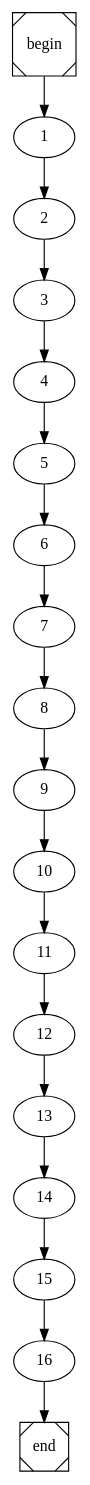
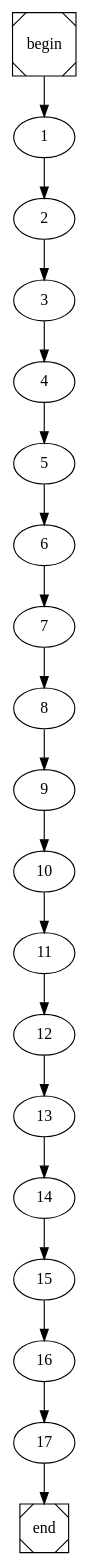
The diagram in init.dot (ivSaav/COMP), drawn with Graphviz before and after one commit. The commit also changed 37 other files, not shown here.

```diff
--- a/init.dot
+++ b/init.dot
@@ -1,4 +1,4 @@
 digraph cfg {
 	begin [shape=Msquare];
 	end [shape=Msquare];
-	begin -> 1;	1 -> 2;	2 -> 3;	3 -> 4;	4 -> 5;	5 -> 6;	6 -> 7;	7 -> 8;	8 -> 9;	9 -> 10;	10 -> 11;	11 -> 12;	12 -> 13;	13 -> 14;	14 -> 15;	15 -> 16;	16 -> end;}
+	begin -> 1;	1 -> 2;	2 -> 3;	3 -> 4;	4 -> 5;	5 -> 6;	6 -> 7;	7 -> 8;	8 -> 9;	9 -> 10;	10 -> 11;	11 -> 12;	12 -> 13;	13 -> 14;	14 -> 15;	15 -> 16;	16 -> 17;	17 -> end;}
```
